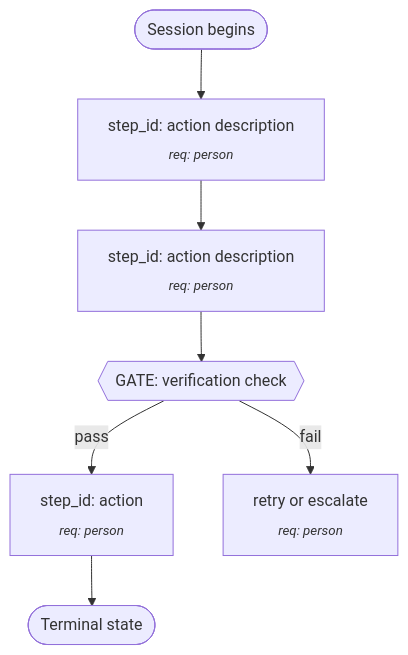
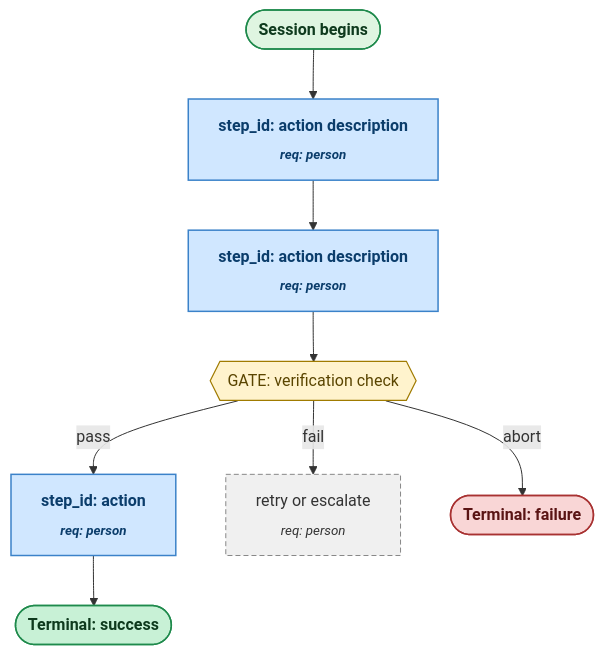
One commit to TheMikeFactoryMustGrow/process-design-plugin changed the diagram in plugins/process-design/skills/process-design/templates/process-spec-template.md. Above: the diagram before and after it, drawn with Mermaid. The commit also changed other lines of this file and 6 other files, not shown here.

First line of the commit message:
Bake canonical GIX-style diagram format into plugin output (#4)

````diff
--- a/plugins/process-design/skills/process-design/templates/process-spec-template.md
+++ b/plugins/process-design/skills/process-design/templates/process-spec-template.md
@@ -146,9 +164,29 @@
 ```mermaid
+%%{init: {'flowchart': {'htmlLabels': true, 'curve': 'basis'}}}%%
 flowchart TD
     Start(["Session begins"]) --> S1["step_id: action description<br/><sub><i>req: person</i></sub>"]
     S1 --> S2["step_id: action description<br/><sub><i>req: person</i></sub>"]
     S2 --> Gate1{{"GATE: verification check"}}
     Gate1 -->|pass| S3["step_id: action<br/><sub><i>req: person</i></sub>"]
     Gate1 -->|fail| Retry["retry or escalate<br/><sub><i>req: person</i></sub>"]
-    S3 --> End(["Terminal state"])
+    Gate1 -->|abort| Bad(["Terminal: failure"])
+    S3 --> End(["Terminal: success"])
+
+    %% --- Canonical styling: semantic color by role, shape by node type.
+    %% No `theme` lock — the diagram follows the reader's light/dark setting. ---
+    classDef start       fill:#dff5e1,stroke:#1f8a4c,stroke-width:1.5px,color:#0e3a1d,font-weight:600;
+    classDef step        fill:#d0e7ff,stroke:#3b82c9,stroke-width:1.5px,color:#0b3d6b,font-weight:600;
+    classDef gate        fill:#fff3cd,stroke:#a07b00,stroke-width:1.2px,color:#5a4500;
+    classDef hardgate    fill:#ffe0e0,stroke:#c80000,stroke-width:2.5px,color:#5a1414,font-weight:600;
+    classDef termGood    fill:#c8f1d6,stroke:#1f8a4c,stroke-width:1.5px,color:#0e3a1d,font-weight:600;
+    classDef termBad     fill:#f9d6d6,stroke:#a83232,stroke-width:1.5px,color:#5a1414,font-weight:600;
+    classDef termNeutral fill:#e8e8e8,stroke:#888,stroke-width:1px,color:#222;
+    classDef fallback    fill:#f0f0f0,stroke:#888,stroke-width:1px,stroke-dasharray:5 3,color:#333;
+
+    class Start start;
+    class S1,S2,S3 step;
+    class Gate1 gate;
+    class Retry fallback;
+    class End termGood;
+    class Bad termBad;
 ```
````
